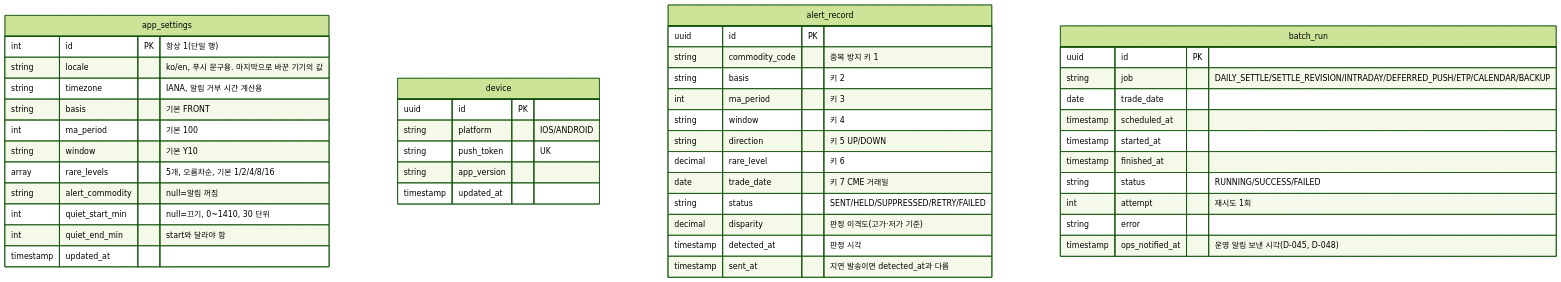
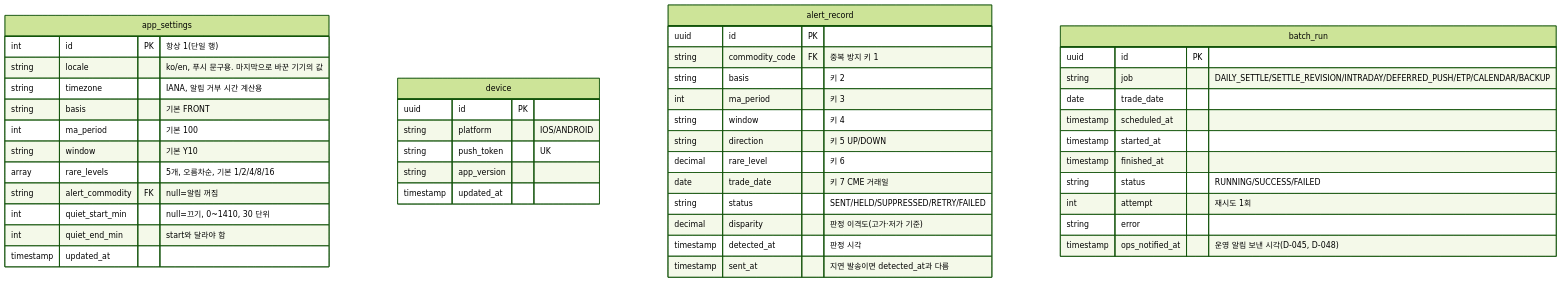
Before and after one commit to seyoun10/futureETP: the third of 3 diagrams in docs/data-model.md, drawn with Mermaid (forest theme). The commit also changed other lines of this file, not shown here.

Commit message:
docs: mark the commodity FKs on alert_record and app_settings and type active_month_rule.months as an array

````diff
--- a/docs/data-model.md
+++ b/docs/data-model.md
@@ -233,49 +233,49 @@
 ```mermaid
 erDiagram
     app_settings {
         int id PK "항상 1(단일 행)"
         string locale "ko/en, 푸시 문구용. 마지막으로 바꾼 기기의 값"
         string timezone "IANA, 알림 거부 시간 계산용"
         string basis "기본 FRONT"
         int ma_period "기본 100"
         string window "기본 Y10"
         array rare_levels "5개, 오름차순, 기본 1/2/4/8/16"
-        string alert_commodity "null=알림 꺼짐"
+        string alert_commodity FK "null=알림 꺼짐"
         int quiet_start_min "null=끄기, 0~1410, 30 단위"
         int quiet_end_min "start와 달라야 함"
         timestamp updated_at
     }
     device {
         uuid id PK
         string platform "IOS/ANDROID"
         string push_token "UK"
         string app_version
         timestamp updated_at
     }
     alert_record {
         uuid id PK
-        string commodity_code "중복 방지 키 1"
+        string commodity_code FK "중복 방지 키 1"
         string basis "키 2"
         int ma_period "키 3"
         string window "키 4"
         string direction "키 5 UP/DOWN"
         decimal rare_level "키 6"
         date trade_date "키 7 CME 거래일"
         string status "SENT/HELD/SUPPRESSED/RETRY/FAILED"
         decimal disparity "판정 이격도(고가·저가 기준)"
         timestamp detected_at "판정 시각"
         timestamp sent_at "지연 발송이면 detected_at과 다름"
     }
     batch_run {
         uuid id PK
         string job "DAILY_SETTLE/SETTLE_REVISION/INTRADAY/DEFERRED_PUSH/ETP/CALENDAR/BACKUP"
         date trade_date
         timestamp scheduled_at
         timestamp started_at
         timestamp finished_at
         string status "RUNNING/SUCCESS/FAILED"
         int attempt "재시도 1회"
         string error
         timestamp ops_notified_at "운영 알림 보낸 시각(D-045, D-048)"
     }
 ```
````
